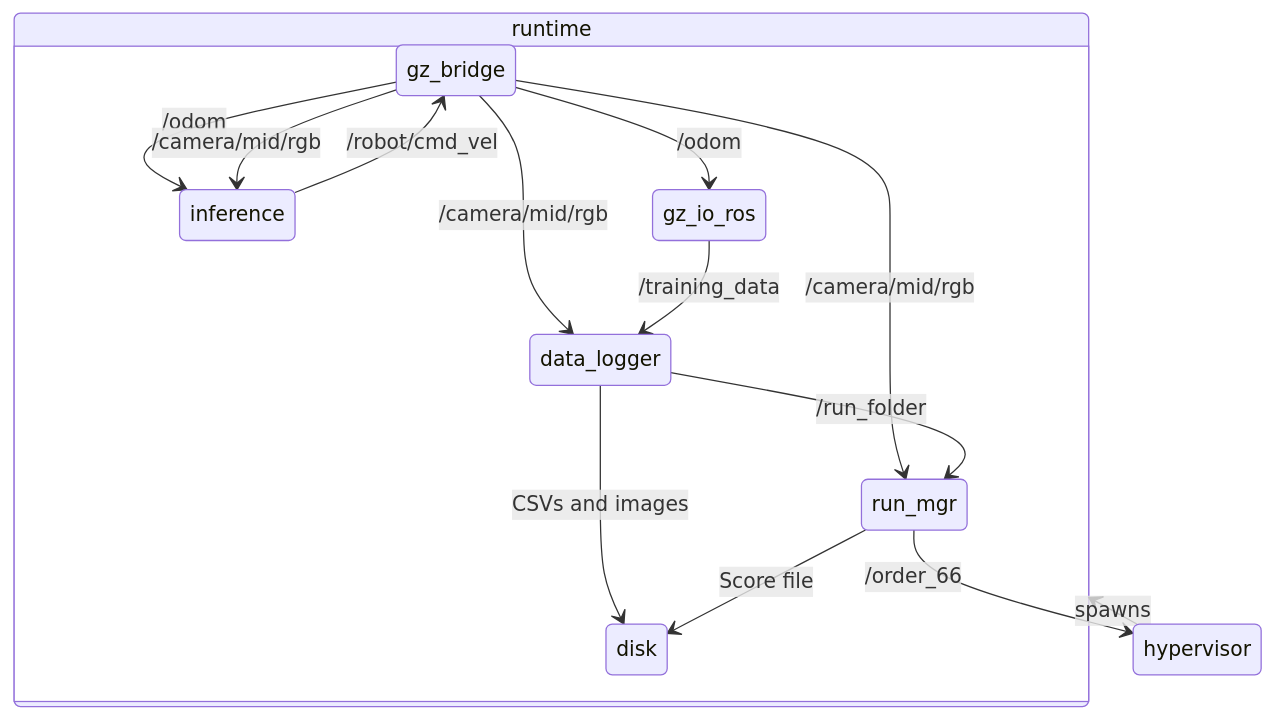
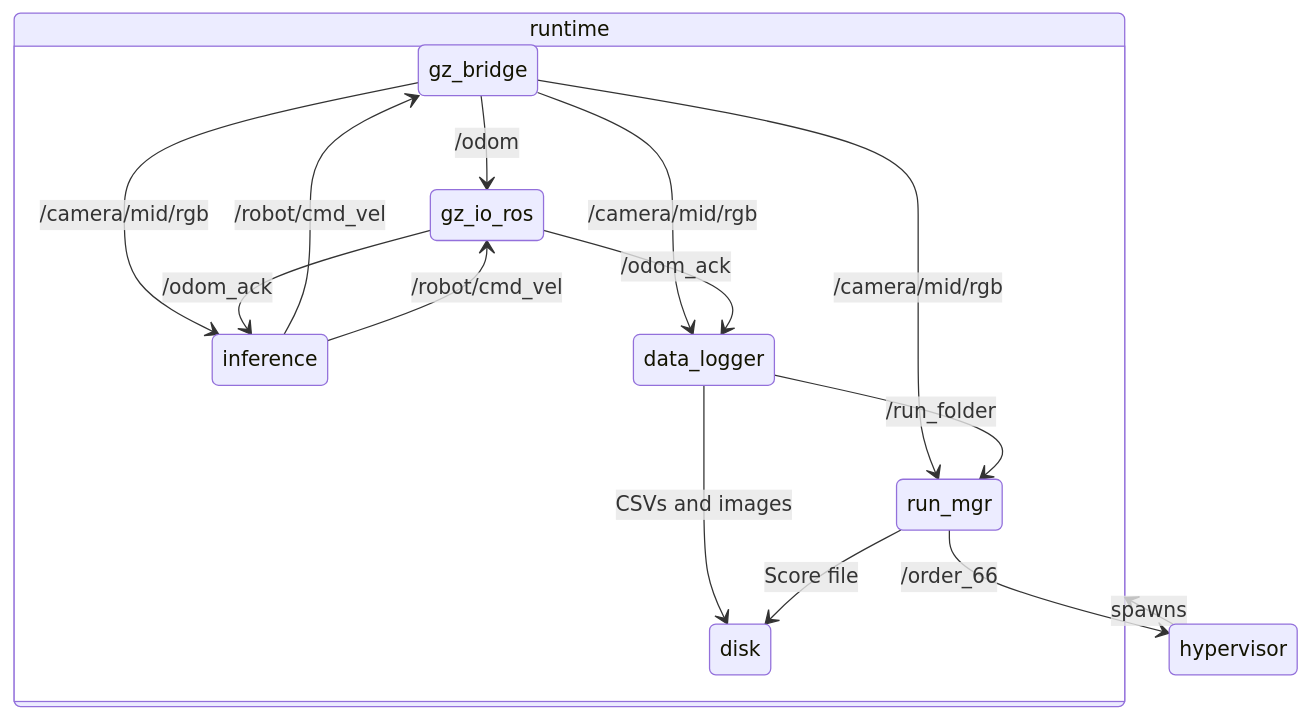
The first of 2 diagrams in software/ros/phoenix_training.md (ISC-Project-Phoenix/design), drawn with Mermaid before and after one commit. The commit also changed 6 other files, not shown here.

Commit message:
Update mermaid graphs

````diff
--- a/software/ros/phoenix_training.md
+++ b/software/ros/phoenix_training.md
@@ -24,22 +24,24 @@
 ```mermaid
 stateDiagram-v2
 
     run_mgr --> hypervisor: /order_66
     hypervisor --> runtime: spawns
 
     state runtime {
-        gz_bridge --> inference: /odom
         gz_bridge --> gz_io_ros: /odom
         gz_bridge --> run_mgr: /camera/mid/rgb
         gz_bridge --> inference: /camera/mid/rgb
         gz_bridge --> data_logger: /camera/mid/rgb
 
-        gz_io_ros --> data_logger: /training_data
+        gz_io_ros --> inference: /odom_ack
+        gz_io_ros --> data_logger: /odom_ack
+        
         data_logger --> disk: CSVs and images
         data_logger --> run_mgr: /run_folder
 
         inference --> gz_bridge: /robot/cmd_vel
+        inference --> gz_io_ros: /robot/cmd_vel
 
         run_mgr --> disk: Score file
     }
 ```
````
